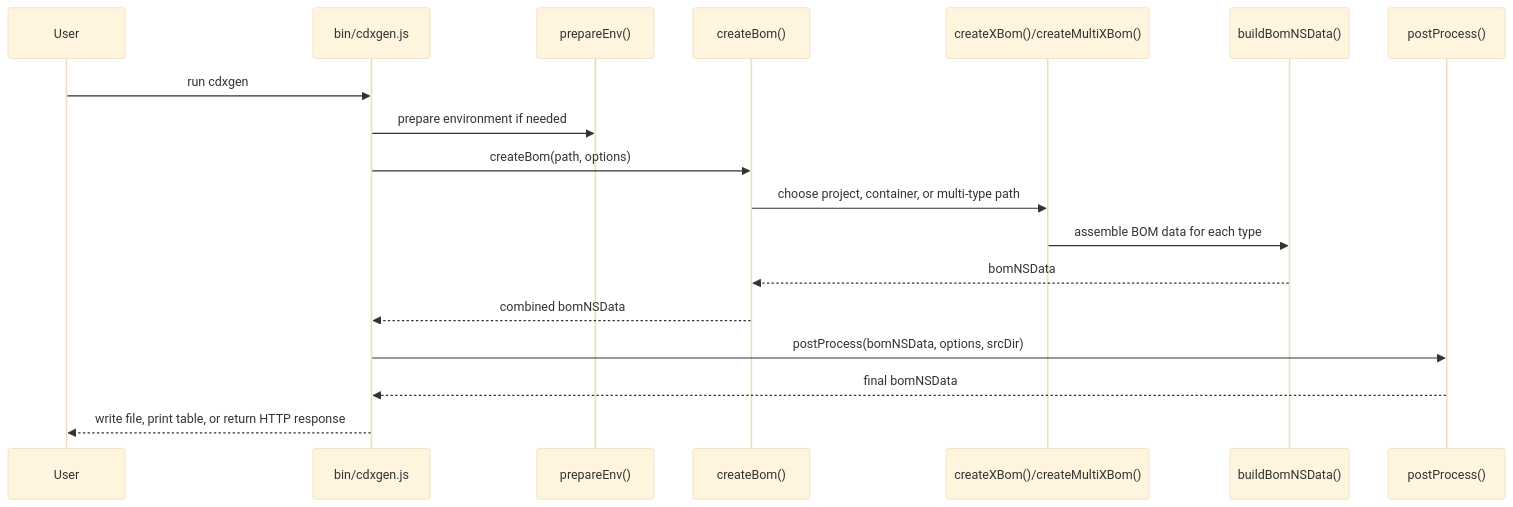
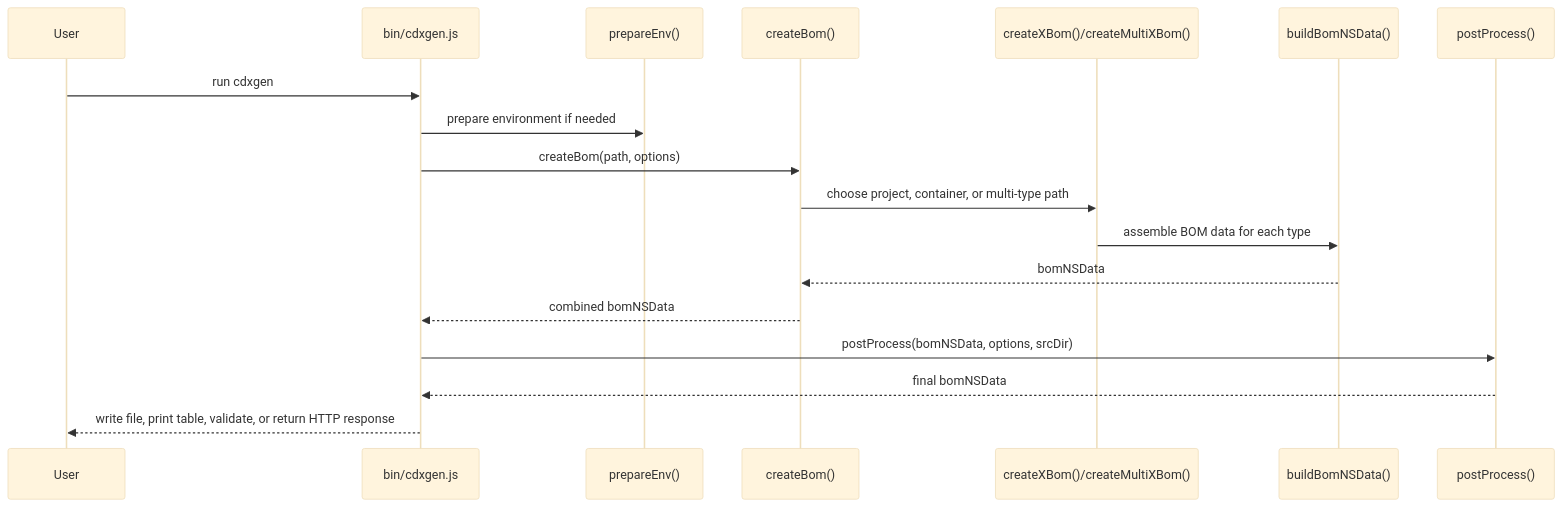
One commit to cdxgen/cdxgen changed the first of 2 diagrams in docs/BOM_PIPELINE.md. Above: the diagram before and after it, drawn with Mermaid (base theme). The commit also changed other lines of this file and 9 other files, not shown here.

````diff
--- a/docs/BOM_PIPELINE.md
+++ b/docs/BOM_PIPELINE.md
@@ -57,21 +60,21 @@
 ```mermaid
 sequenceDiagram
     participant User
     participant CLI as bin/cdxgen.js
     participant Pregen as prepareEnv()
     participant Core as createBom()
     participant Lang as createXBom()/createMultiXBom()
     participant Build as buildBomNSData()
     participant Post as postProcess()
 
     User->>CLI: run cdxgen
     CLI->>Pregen: prepare environment if needed
     CLI->>Core: createBom(path, options)
     Core->>Lang: choose project, container, or multi-type path
     Lang->>Build: assemble BOM data for each type
     Build-->>Core: bomNSData
     Core-->>CLI: combined bomNSData
     CLI->>Post: postProcess(bomNSData, options, srcDir)
     Post-->>CLI: final bomNSData
-    CLI-->>User: write file, print table, or return HTTP response
+    CLI-->>User: write file, print table, validate, or return HTTP response
 ```
````
